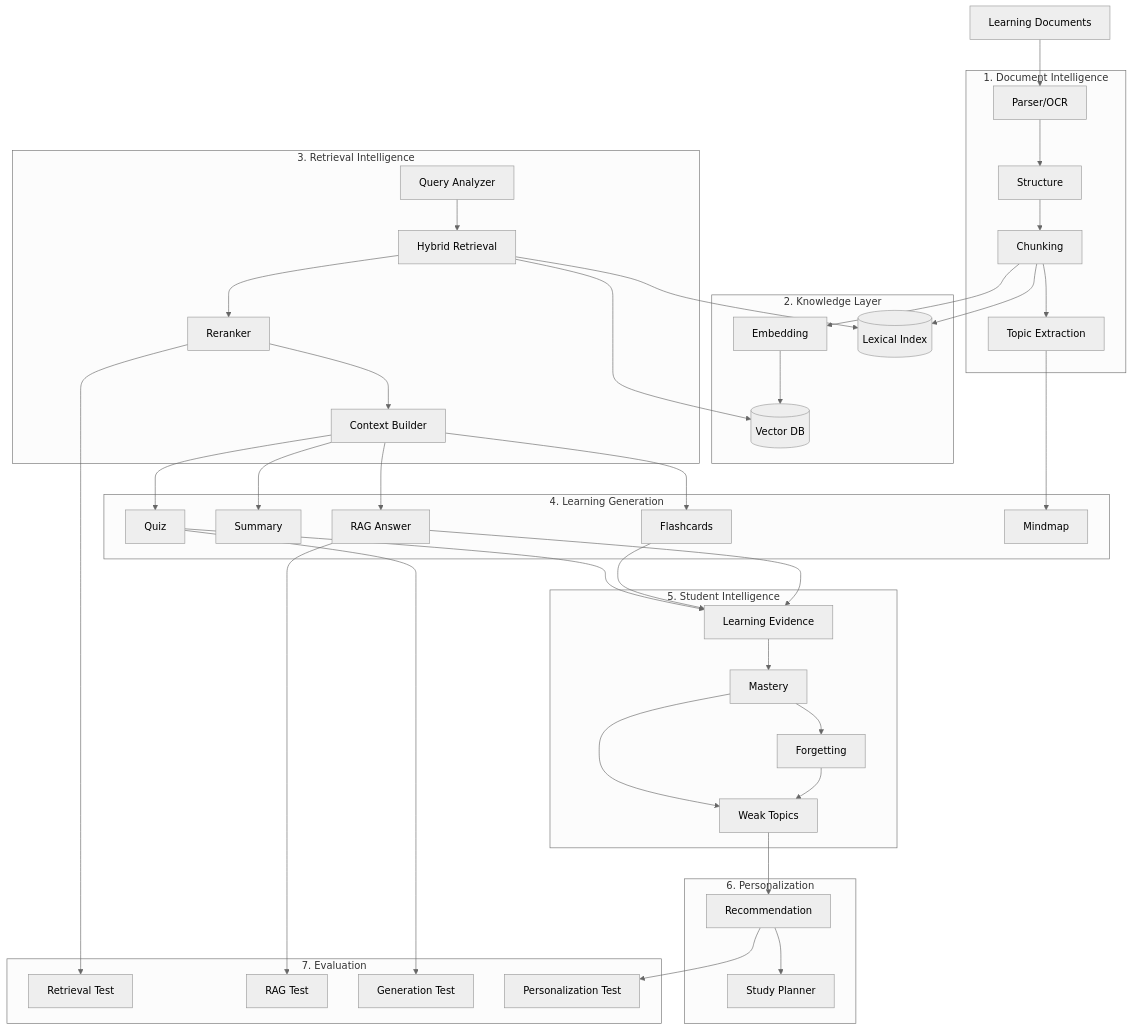
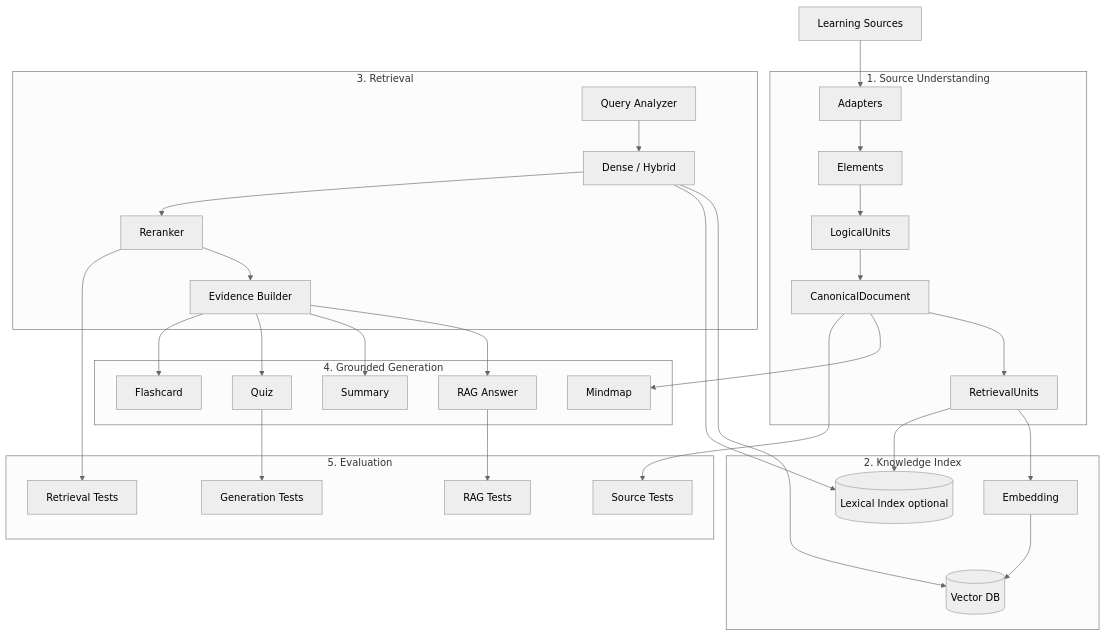
The fourth of 4 diagrams in AI_Study_Assistant_2.0_FULL_AI_SYSTEM_DESIGN.md (Hoang-k68a3hus/support_learning), drawn with Mermaid (neutral theme) before and after one commit. The commit also changed other lines of this file, not shown here.

Commit message:
Simplify AI design without personalization or recommendations

````diff
--- a/AI_Study_Assistant_2.0_FULL_AI_SYSTEM_DESIGN.md
+++ b/AI_Study_Assistant_2.0_FULL_AI_SYSTEM_DESIGN.md
@@ -2822,82 +1907,60 @@
 ```mermaid
 flowchart TB
-    FILE[Learning Documents]
+    FILE[Learning Sources]
 
-    subgraph DI[1. Document Intelligence]
-        P[Parser/OCR]
-        S[Structure]
-        C[Chunking]
-        T[Topic Extraction]
+    subgraph SU[1. Source Understanding]
+        A[Adapters]
+        E[Elements]
+        L[LogicalUnits]
+        C[CanonicalDocument]
+        RU[RetrievalUnits]
     end
 
-    subgraph KL[2. Knowledge Layer]
-        E[Embedding]
+    subgraph KI[2. Knowledge Index]
+        EM[Embedding]
         V[(Vector DB)]
-        B[(Lexical Index)]
+        B[(Lexical Index optional)]
     end
 
-    subgraph RE[3. Retrieval Intelligence]
+    subgraph RI[3. Retrieval]
         Q[Query Analyzer]
-        H[Hybrid Retrieval]
+        H[Dense / Hybrid]
         R[Reranker]
-        CB[Context Builder]
+        EV[Evidence Builder]
     end
 
-    subgraph LG[4. Learning Generation]
+    subgraph GG[4. Grounded Generation]
         RA[RAG Answer]
-        SU[Summary]
+        SU2[Summary]
         QU[Quiz]
-        FC[Flashcards]
+        FC[Flashcard]
         MM[Mindmap]
     end
 
-    subgraph SI[5. Student Intelligence]
-        LE[Learning Evidence]
-        MA[Mastery]
-        FO[Forgetting]
-        WT[Weak Topics]
+    subgraph EVAL[5. Evaluation]
+        SUT[Source Tests]
+        RT[Retrieval Tests]
+        RGT[RAG Tests]
+        GT[Generation Tests]
     end
 
-    subgraph PI[6. Personalization]
-        RC[Recommendation]
-        SP[Study Planner]
-    end
-
-    subgraph EV[7. Evaluation]
-        RT[Retrieval Test]
-        RG[RAG Test]
-        GT[Generation Test]
-        PT[Personalization Test]
-    end
-
-    FILE --> P --> S --> C
-    C --> T
-    C --> E --> V
-    C --> B
+    FILE --> A --> E --> L --> C --> RU
+    RU --> EM --> V
+    RU --> B
 
     Q --> H
     H --> V
     H --> B
-    H --> R --> CB
+    H --> R --> EV
 
-    CB --> RA
-    CB --> SU
-    CB --> QU
-    CB --> FC
-    T --> MM
+    EV --> RA
+    EV --> SU2
+    EV --> QU
+    EV --> FC
+    C --> MM
 
-    QU --> LE
-    FC --> LE
-    RA --> LE
-    LE --> MA --> FO
-    MA --> WT
-    FO --> WT
-
-    WT --> RC
-    RC --> SP
-
+    C --> SUT
     R --> RT
-    RA --> RG
+    RA --> RGT
     QU --> GT
-    RC --> PT
 ```
````
